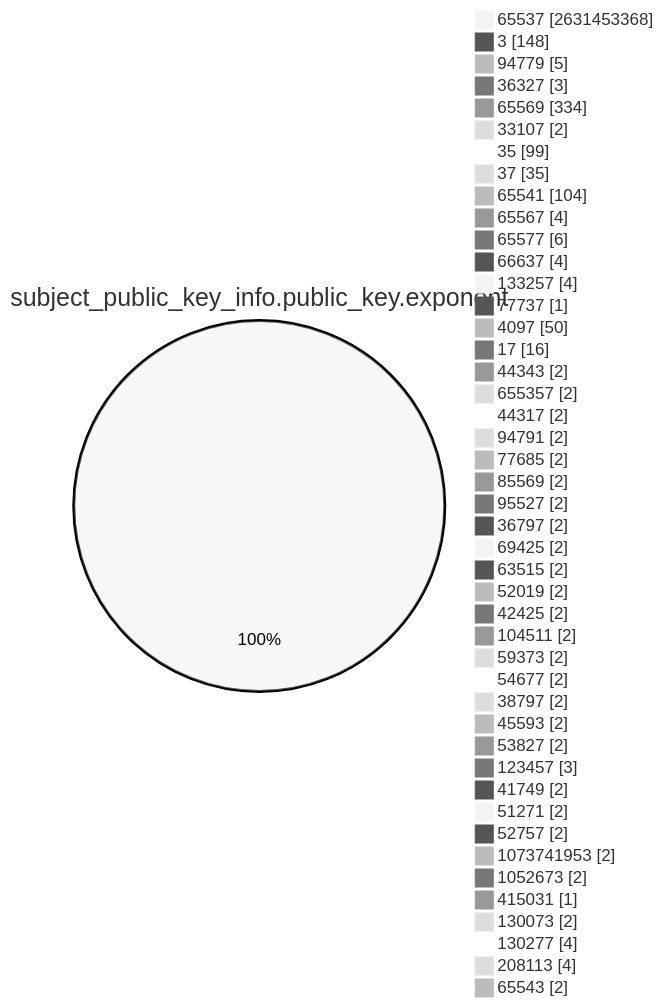
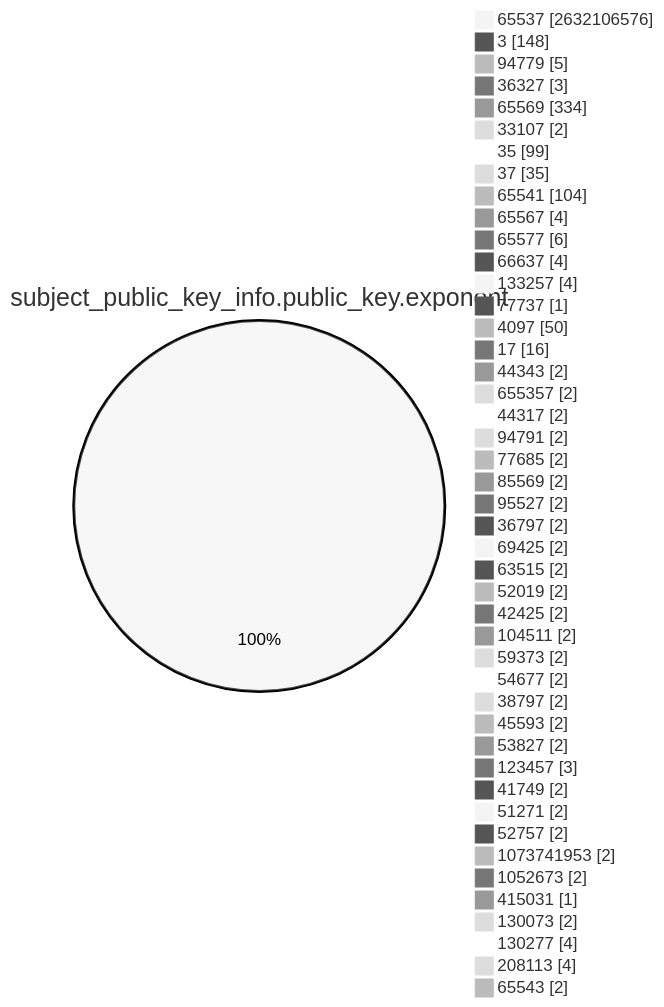
Before and after one commit to christiankrug/ctmonitor_visualization: the fourth of 15 diagrams in TOTAL/README.md, drawn with Mermaid (neutral theme). The commit also changed other lines of this file, not shown here.

````diff
--- a/TOTAL/README.md
+++ b/TOTAL/README.md
@@ -1466,49 +1466,49 @@
 ```mermaid
 pie showData
 title subject_public_key_info.public_key.exponent
-"65537" :2631453368
+"65537" :2632106576
 "3" :148
 "94779" :5
 "36327" :3
 "65569" :334
 "33107" :2
 "35" :99
 "37" :35
 "65541" :104
 "65567" :4
 "65577" :6
 "66637" :4
 "133257" :4
 "77737" :1
 "4097" :50
 "17" :16
 "44343" :2
 "655357" :2
 "44317" :2
 "94791" :2
 "77685" :2
 "85569" :2
 "95527" :2
 "36797" :2
 "69425" :2
 "63515" :2
 "52019" :2
 "42425" :2
 "104511" :2
 "59373" :2
 "54677" :2
 "38797" :2
 "45593" :2
 "53827" :2
 "123457" :3
 "41749" :2
 "51271" :2
 "52757" :2
 "1073741953" :2
 "1052673" :2
 "415031" :1
 "130073" :2
 "130277" :4
 "208113" :4
 "65543" :2
 ```
````
